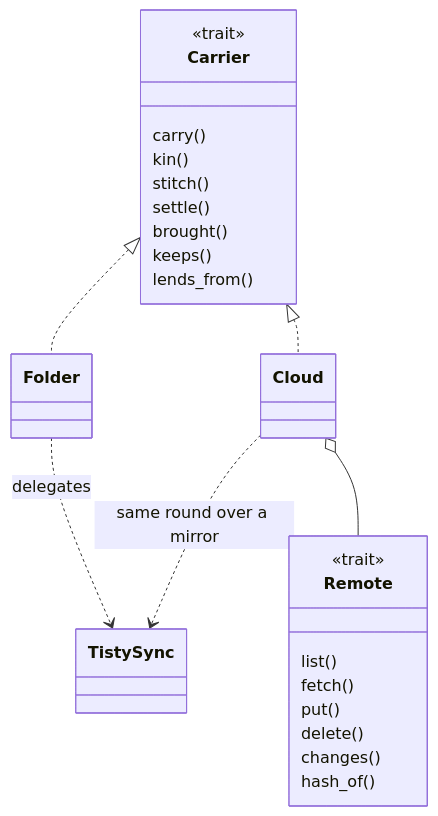
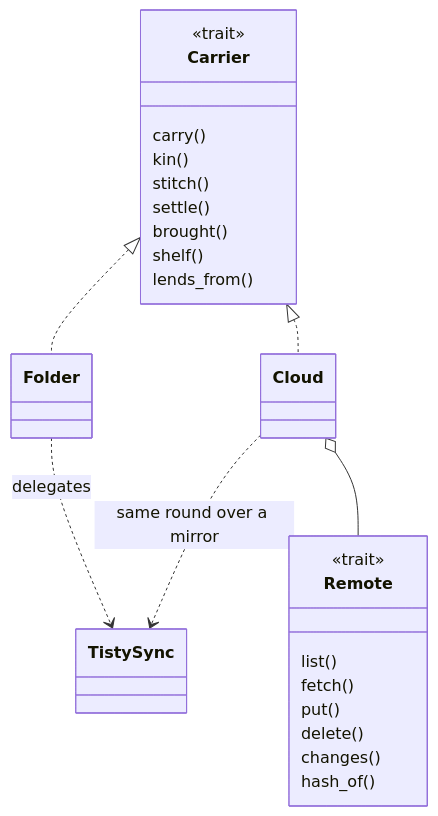
One commit to rgdevment/Tisty changed the seventh of 10 diagrams in docs/ARCHITECTURE.md. Above: the diagram before and after it, drawn with Mermaid. The commit also changed other lines of this file and 5 other files, not shown here.

````diff
--- a/docs/ARCHITECTURE.md
+++ b/docs/ARCHITECTURE.md
@@ -732,30 +732,30 @@
 ```mermaid
 classDiagram
   class Carrier {
     <<trait>>
     carry()
     kin()
     stitch()
     settle()
     brought()
-    keeps()
+    shelf()
     lends_from()
   }
   class Folder
   class Cloud
   class Remote {
     <<trait>>
     list()
     fetch()
     put()
     delete()
     changes()
     hash_of()
   }
   class TistySync
   Carrier <|.. Folder
   Carrier <|.. Cloud
   Cloud o-- Remote
   Folder ..> TistySync : delegates
   Cloud ..> TistySync : same round over a mirror
 ```
````
